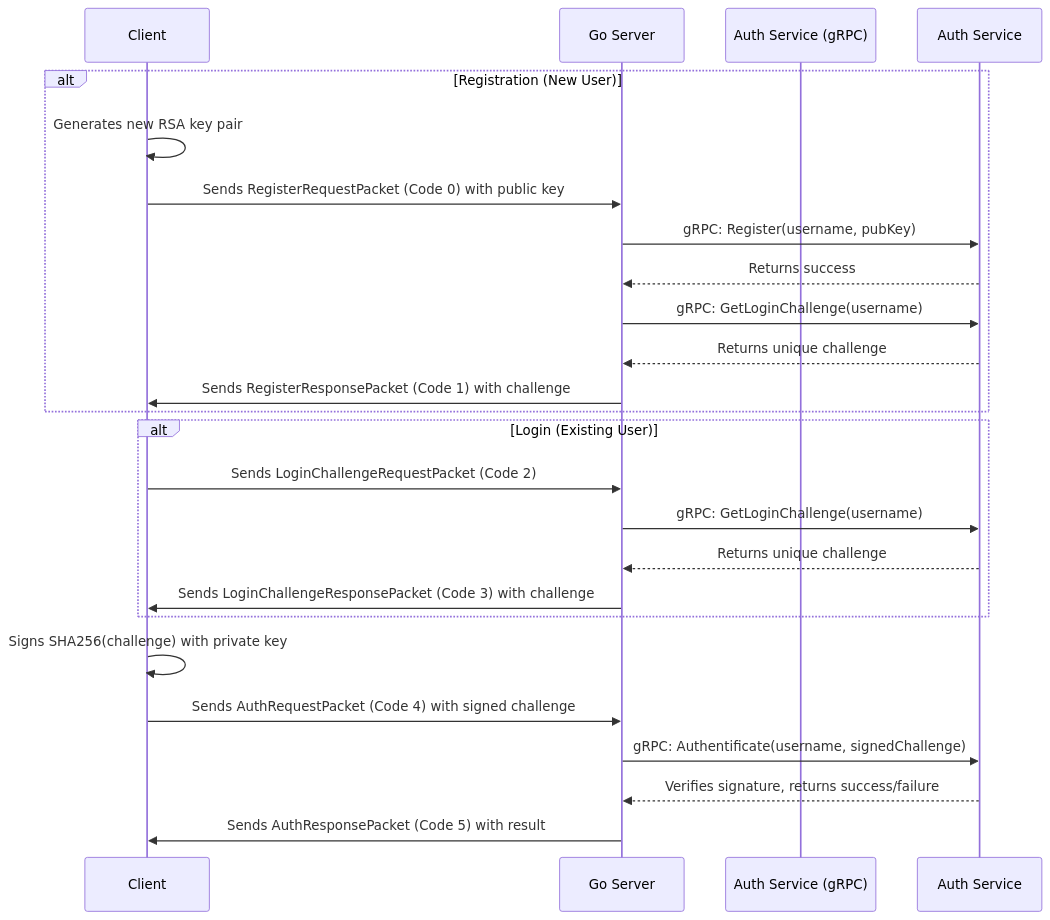
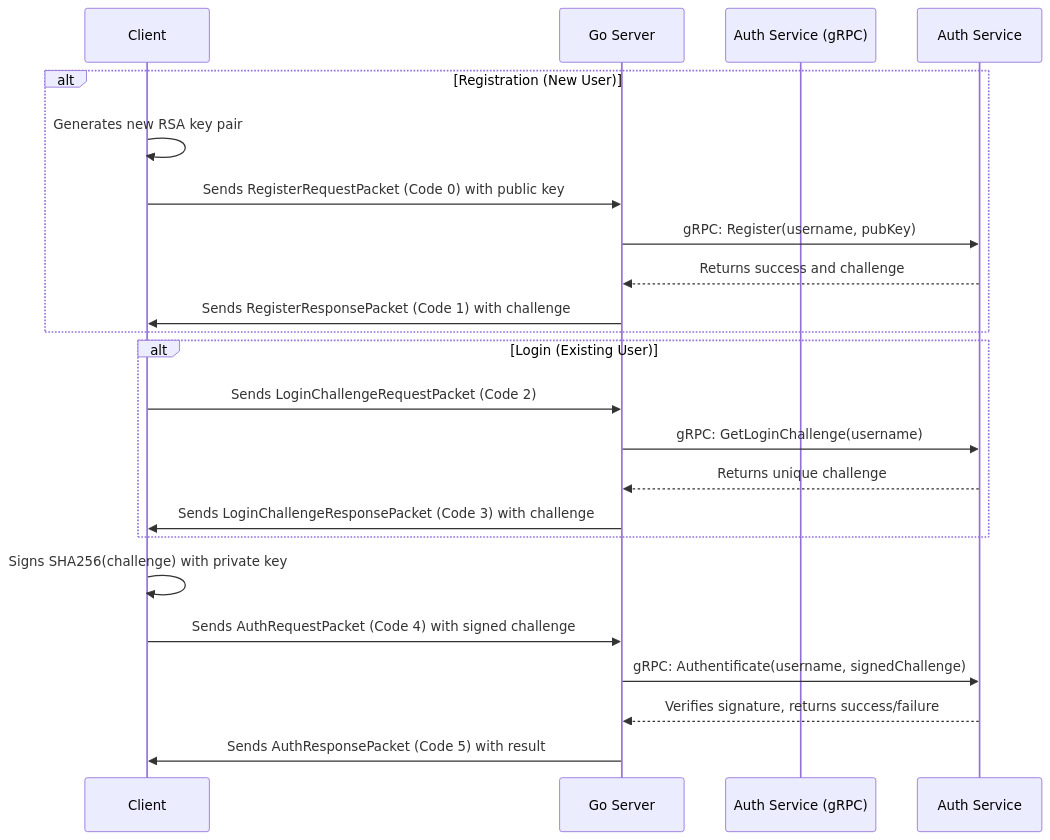
Before and after one commit to GrGLeo/TermArena: the first of 3 diagrams in documentation/detailed/networking.md, drawn with Mermaid. The commit also changed other lines of this file, not shown here.

Commit message:
doc: rewrite mermaid diagram

````diff
--- a/documentation/detailed/networking.md
+++ b/documentation/detailed/networking.md
@@ -35,29 +35,27 @@
 ```mermaid
 sequenceDiagram
     participant Client
     participant Go Server
     participant Auth Service (gRPC)
 
     alt Registration (New User)
         Client->>Client: Generates new RSA key pair
         Client->>Go Server: Sends RegisterRequestPacket (Code 0) with public key
         Go Server->>Auth Service: gRPC: Register(username, pubKey)
-        Auth Service-->>Go Server: Returns success
-        Go Server->>Auth Service: gRPC: GetLoginChallenge(username)
-        Auth Service-->>Go Server: Returns unique challenge
+        Auth Service-->>Go Server: Returns success and challenge
         Go Server->>Client: Sends RegisterResponsePacket (Code 1) with challenge
     end
 
     alt Login (Existing User)
         Client->>Go Server: Sends LoginChallengeRequestPacket (Code 2)
         Go Server->>Auth Service: gRPC: GetLoginChallenge(username)
         Auth Service-->>Go Server: Returns unique challenge
         Go Server->>Client: Sends LoginChallengeResponsePacket (Code 3) with challenge
     end
 
     Client->>Client: Signs SHA256(challenge) with private key
     Client->>Go Server: Sends AuthRequestPacket (Code 4) with signed challenge
     Go Server->>Auth Service: gRPC: Authentificate(username, signedChallenge)
     Auth Service-->>Go Server: Verifies signature, returns success/failure
     Go Server->>Client: Sends AuthResponsePacket (Code 5) with result
 ```
````
